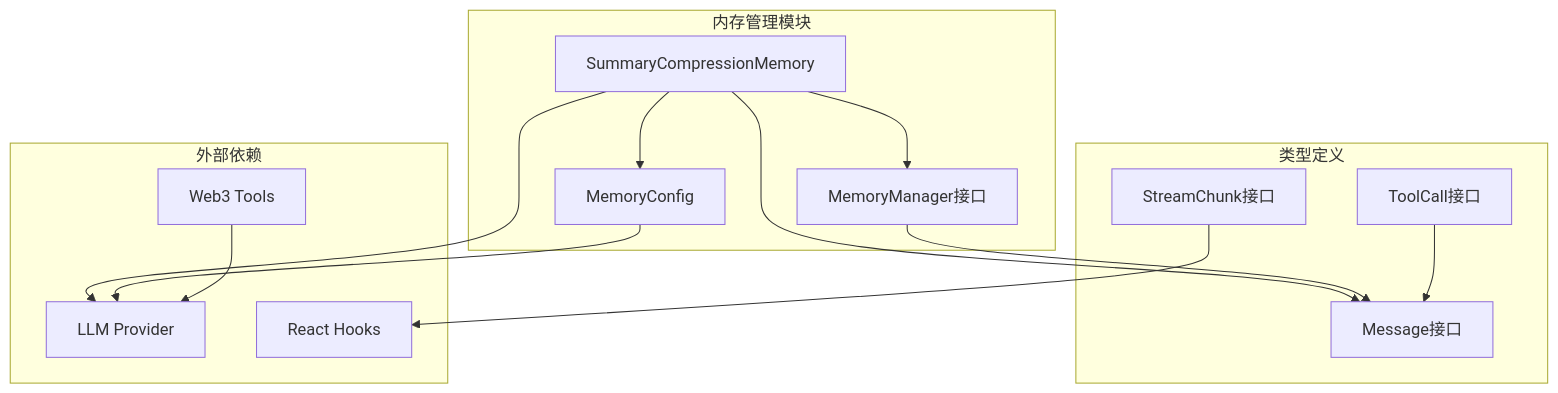
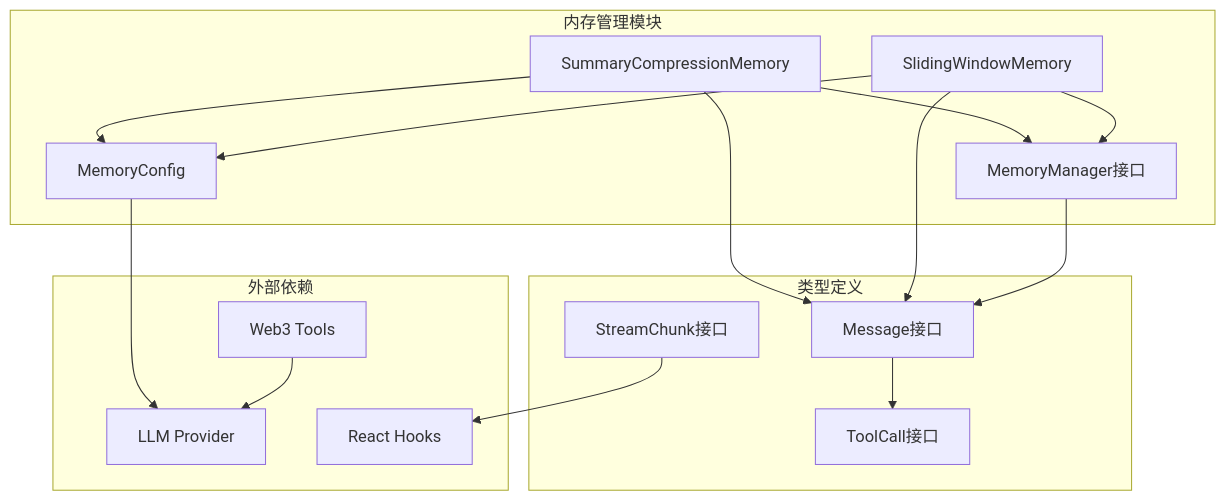
One commit to CryptoLinxu/Web3-AI-Agent changed the tenth of 10 diagrams in .qoder/repowiki/zh/content/核心技能详解/内存管理系统.md. Above: the diagram before and after it, drawn with Mermaid. The commit also changed other lines of this file and 6 other files, not shown here.

First line of the commit message:
refactor(web3-tools): 将价格工具重构为参数化的多币种查询

````diff
--- a/.qoder/repowiki/zh/content/核心技能详解/内存管理系统.md
+++ b/.qoder/repowiki/zh/content/核心技能详解/内存管理系统.md
@@ -276,27 +400,30 @@
 ```mermaid
 graph TB
 subgraph "内存管理模块"
 A[SummaryCompressionMemory]
-B[MemoryManager接口]
-C[MemoryConfig]
+B[SlidingWindowMemory]
+C[MemoryManager接口]
+D[MemoryConfig]
 end
 subgraph "类型定义"
-D[Message接口]
-E[ToolCall接口]
-F[StreamChunk接口]
+E[Message接口]
+F[ToolCall接口]
+G[StreamChunk接口]
 end
 subgraph "外部依赖"
-G[LLM Provider]
-H[Web3 Tools]
-I[React Hooks]
+H[LLM Provider]
+I[Web3 Tools]
+J[React Hooks]
 end
-A --> B
 A --> C
+B --> C
 A --> D
-A --> G
 B --> D
-C --> G
-E --> D
-F --> I
-H --> G
+A --> E
+B --> E
+C --> E
+D --> H
+E --> F
+G --> J
+I --> H
 ```
````
